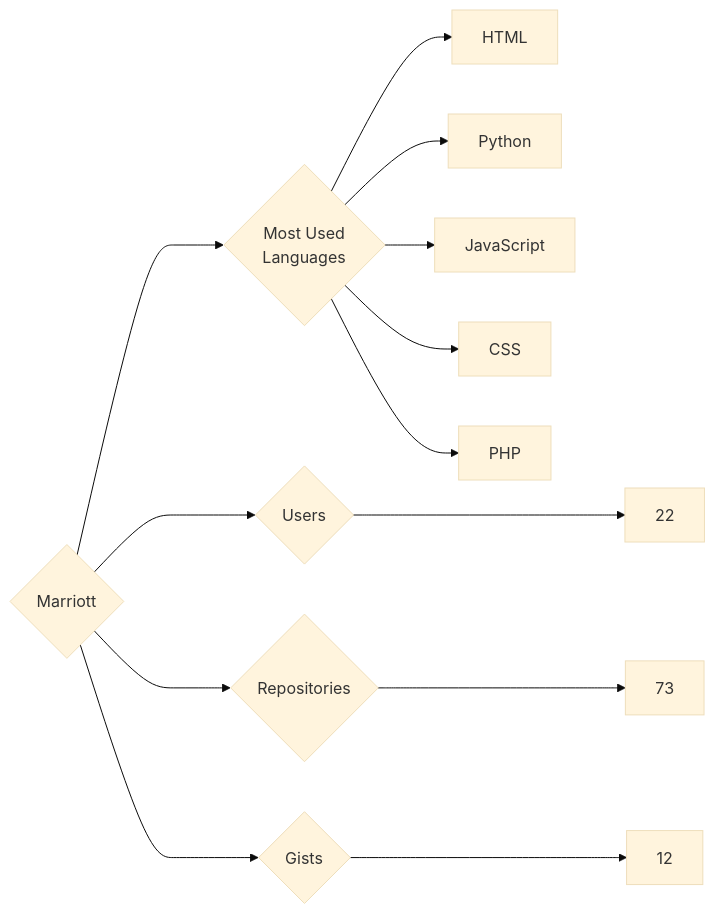
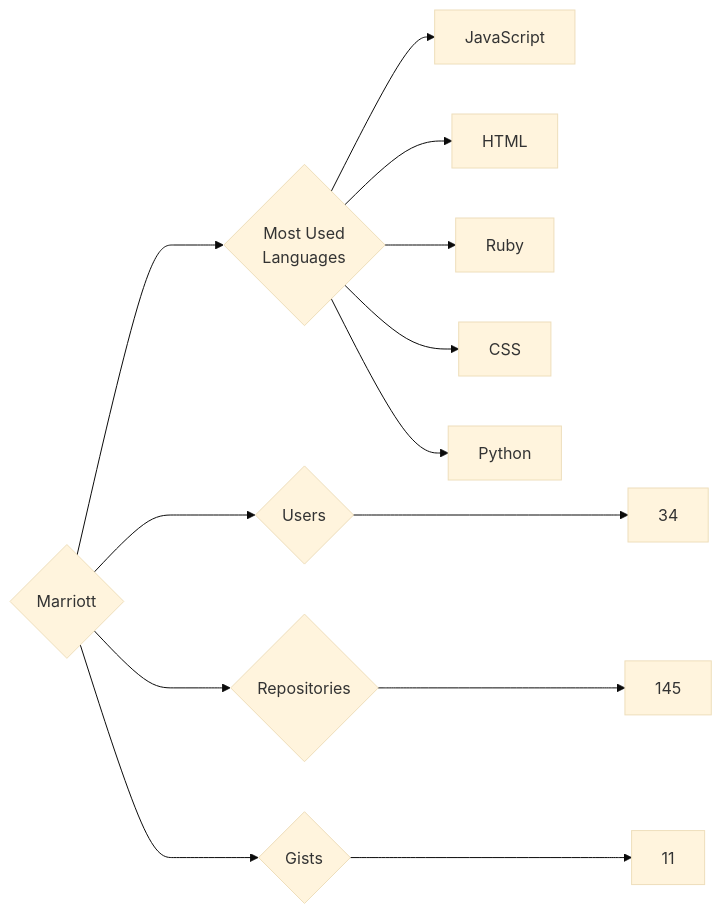
The diagram in targets/Marriott/README.md (trickest/insiders), drawn with Mermaid (base theme) before and after one commit. The commit also changed 806 other files, not shown here.

````diff
--- a/targets/Marriott/README.md
+++ b/targets/Marriott/README.md
@@ -3,13 +3,13 @@
 ```mermaid
 graph LR
 COMPANY_NAME{Marriott}
-COMPANY_NAME ---> U{Users} ---> UN[22]
-COMPANY_NAME ---> R{Repositories} ---> RN[73]
-COMPANY_NAME ---> G{Gists} ---> GN[12]
+COMPANY_NAME ---> U{Users} ---> UN[34]
+COMPANY_NAME ---> R{Repositories} ---> RN[145]
+COMPANY_NAME ---> G{Gists} ---> GN[11]
 COMPANY_NAME ---> ML{Most Used<br>Languages}
+ML --> JavaScript[JavaScript]
 ML --> HTML[HTML]
+ML --> Ruby[Ruby]
+ML --> CSS[CSS]
 ML --> Python[Python]
-ML --> JavaScript[JavaScript]
-ML --> CSS[CSS]
-ML --> PHP[PHP]
 ```
````
